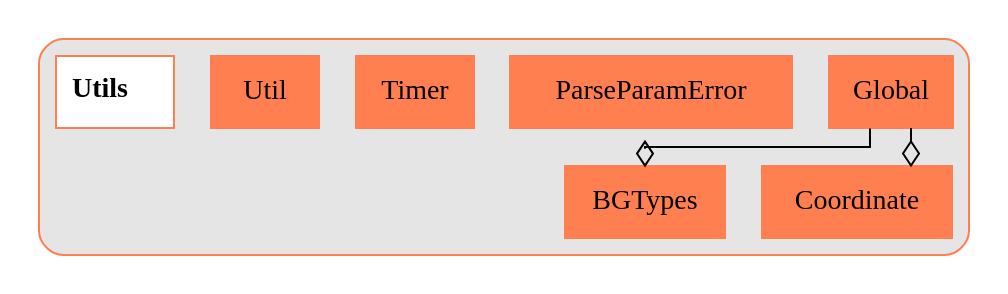
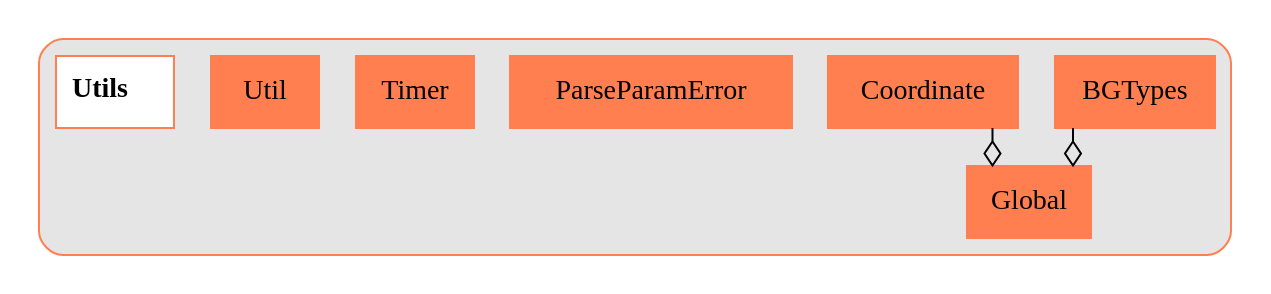
Before and after one commit to UWB-Biocomputing/BrainGrid: the diagram in Tools/DiagramGenerator/ExampleOutputs/dot_subsystems/Utils.dot, drawn with Graphviz. The commit also changed 6 other files, not shown here.

```diff
--- a/Tools/DiagramGenerator/ExampleOutputs/dot_subsystems/Utils.dot
+++ b/Tools/DiagramGenerator/ExampleOutputs/dot_subsystems/Utils.dot
@@ -1,37 +1,37 @@
 digraph{
 	 graph [splines=ortho]
 
 	subgraph clusterUtils {
 		style = rounded
 		bgcolor = grey90
 		color = coral
 		node [shape = record, color = coral];
 
 		BGTypes[label = BGTypes, style = filled];
 		Coordinate[label = Coordinate, style = filled];
 		Global[label = Global, style = filled];
 		ParseParamError[label = ParseParamError, style = filled];
 		Timer[label = Timer, style = filled];
 		Util[label = Util, style = filled];
 		Utils[label =< <B> Utils</B>>, style = bold, fillcolor = white, style = filled];
 
 
 		//------LAYOUT FOR SUBGRAPH------
 
 
 		rankdir = BT; // Rank Direction Bottom to Top
 		nodesep = 1.3; // Node Separation
 		ranksep = 1.3; // Rank Separation
 
 
 		//INHERITANCE//
 
 
 
 		//COMPOSITION//
 
 
-		Global -> BGTypes [arrowhead=ediamond];
-		Global -> Coordinate [arrowhead=ediamond];
+		BGTypes -> Global [arrowhead=ediamond];
+		Coordinate -> Global [arrowhead=ediamond];
 	}//end subgraph Utils
 }//end digraph
```
